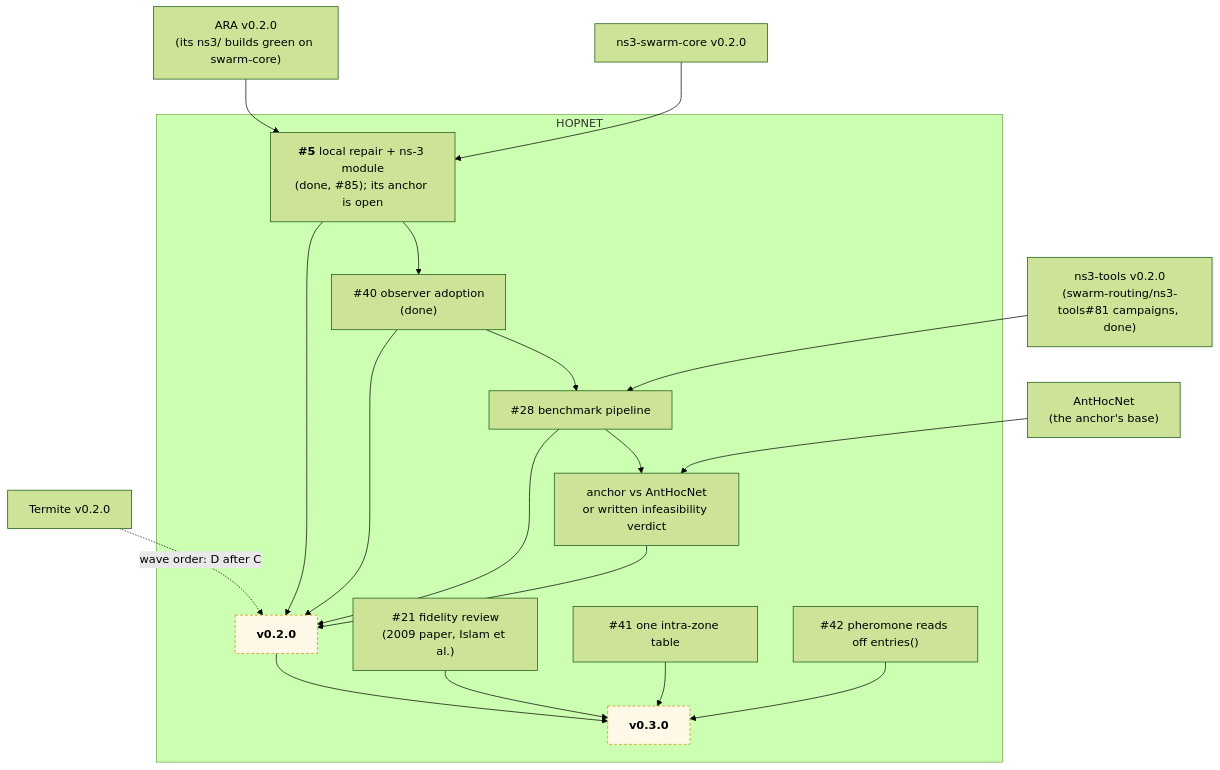
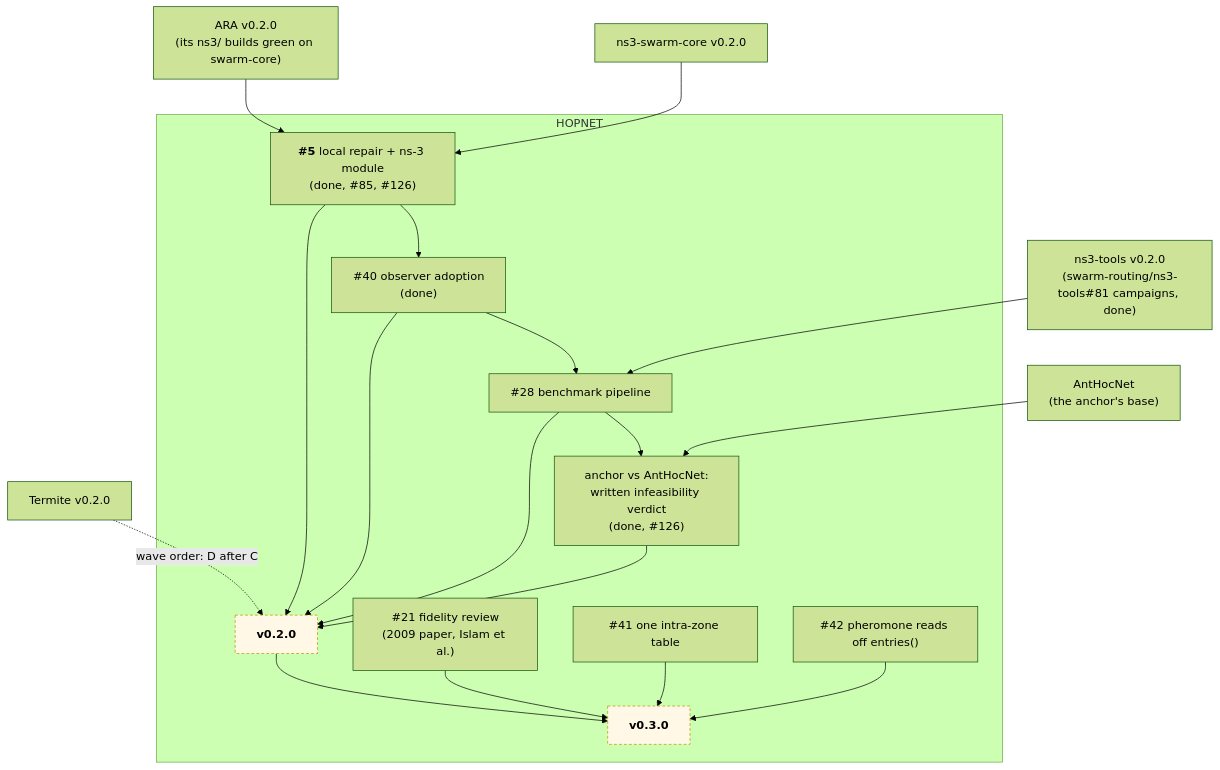
One commit to swarm-routing/HOPNET changed the second of 2 diagrams in docs/roadmap.md. Above: the diagram before and after it, drawn with Mermaid (forest theme). The commit also changed other lines of this file, not shown here.

First line of the commit message:
docs(roadmap): settle the v0.2.0 scope and exit criteria against the record

````diff
--- a/docs/roadmap.md
+++ b/docs/roadmap.md
@@ -55,33 +53,33 @@
 ```mermaid
 flowchart TB
     subgraph HOP["HOPNET"]
-        H5["<b>#5</b> local repair + ns-3 module<br/>(done, #85); its anchor is open"]
+        H5["<b>#5</b> local repair + ns-3 module<br/>(done, #85, #126)"]
         H40["#40 observer adoption<br/>(done)"]
         H28["#28 benchmark pipeline"]
-        ANCHOR["anchor vs AntHocNet<br/>or written infeasibility verdict"]
+        ANCHOR["anchor vs AntHocNet:<br/>written infeasibility verdict<br/>(done, #126)"]
         V02["<b>v0.2.0</b>"]
         H21["#21 fidelity review<br/>(2009 paper, Islam et al.)"]
         H41["#41 one intra-zone table"]
         H42["#42 pheromone reads off entries()"]
         V03["<b>v0.3.0</b>"]
     end
     ARA["ARA v0.2.0<br/>(its ns3/ builds green on swarm-core)"]
     TERM["Termite v0.2.0"]
     TOOLS["ns3-tools v0.2.0<br/>(swarm-routing/ns3-tools#81 campaigns, done)"]
     CORE["ns3-swarm-core v0.2.0"]
     AHN["AntHocNet<br/>(the anchor's base)"]
 
     ARA --> H5
     CORE --> H5
     H5 --> H40 --> H28
     TOOLS --> H28
     H28 --> ANCHOR
     AHN --> ANCHOR
     TERM -.->|"wave order: D after C"| V02
     H5 & H40 & H28 & ANCHOR --> V02
     V02 --> V03
     H21 & H41 & H42 --> V03
 
     style V02 fill:#fff8e6,stroke:#c48f00,stroke-dasharray:4 3
     style V03 fill:#fff8e6,stroke:#c48f00,stroke-dasharray:4 3
 ```
````
